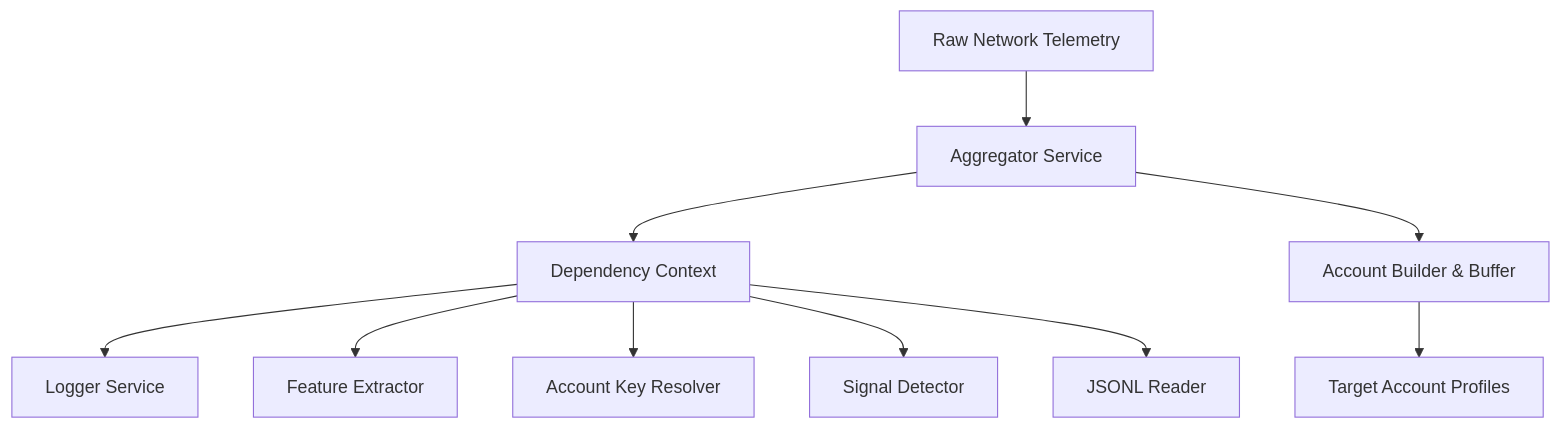
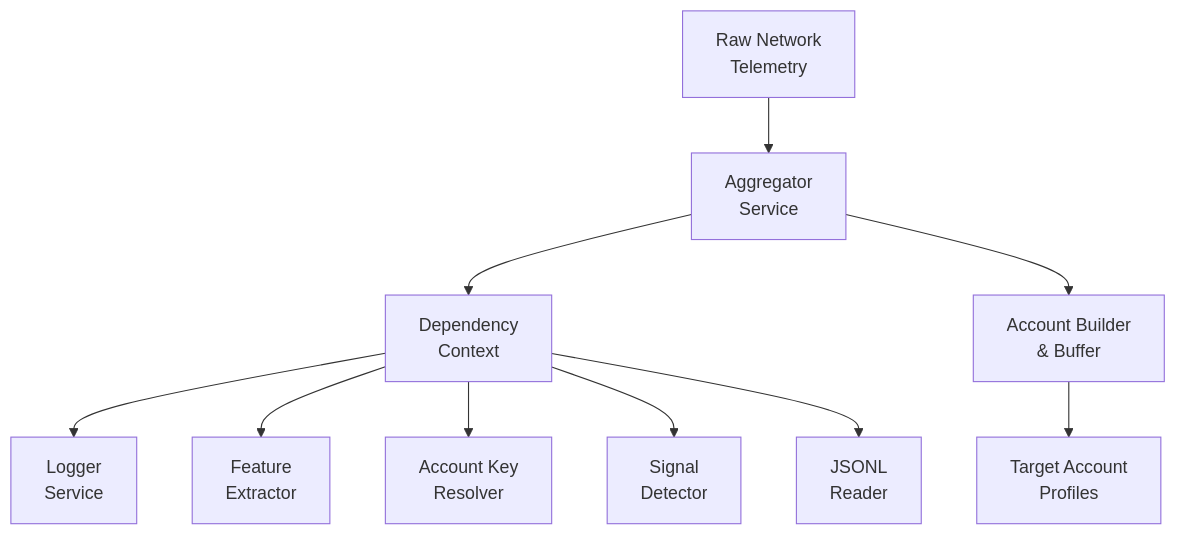
Before and after one commit to dev-anuj007/cyber_intel: the first of 4 diagrams in backend/src/services/aggregator/README.md, drawn with Mermaid. The commit also changed other lines of this file, not shown here.

Commit message:
chore: clean up for aggregator service

````diff
--- a/backend/src/services/aggregator/README.md
+++ b/backend/src/services/aggregator/README.md
@@ -11,12 +11,12 @@
 ```mermaid
 flowchart TD
-    Ingest["Raw Network Telemetry"] --> Svc["Aggregator Service"]
-    Svc --> Ctx["Dependency Context"]
-    Ctx --> Logger["Logger Service"]
-    Ctx --> Extractor["Feature Extractor"]
-    Ctx --> Resolver["Account Key Resolver"]
-    Ctx --> Detector["Signal Detector"]
-    Ctx --> Reader["JSONL Reader"]
-    Svc --> Builder["Account Builder & Buffer"]
-    Builder --> Output["Target Account Profiles"]
+    Ingest["Raw Network<br/>Telemetry"] --> Svc["Aggregator<br/>Service"]
+    Svc --> Ctx["Dependency<br/>Context"]
+    Ctx --> Logger["Logger<br/>Service"]
+    Ctx --> Extractor["Feature<br/>Extractor"]
+    Ctx --> Resolver["Account Key<br/>Resolver"]
+    Ctx --> Detector["Signal<br/>Detector"]
+    Ctx --> Reader["JSONL<br/>Reader"]
+    Svc --> Builder["Account Builder<br/>& Buffer"]
+    Builder --> Output["Target Account<br/>Profiles"]
 ```
````
